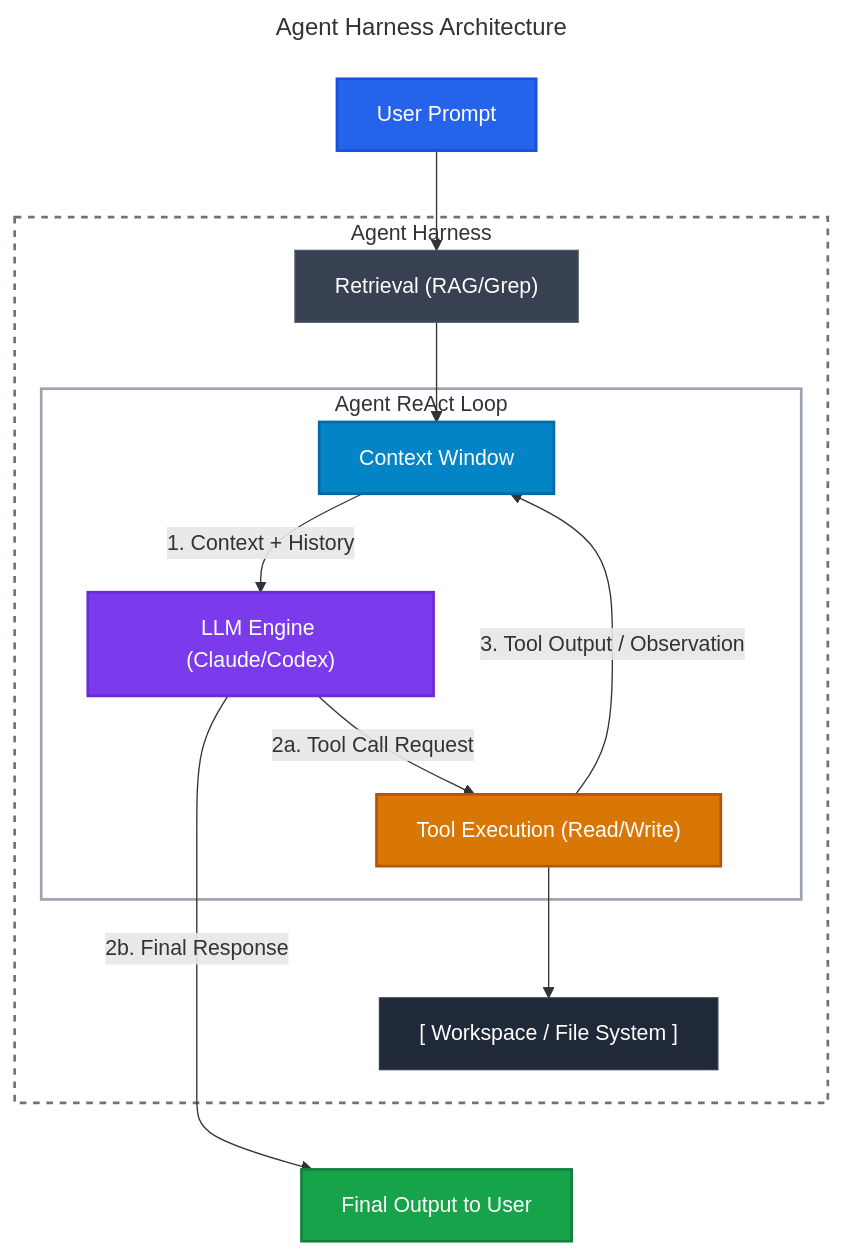
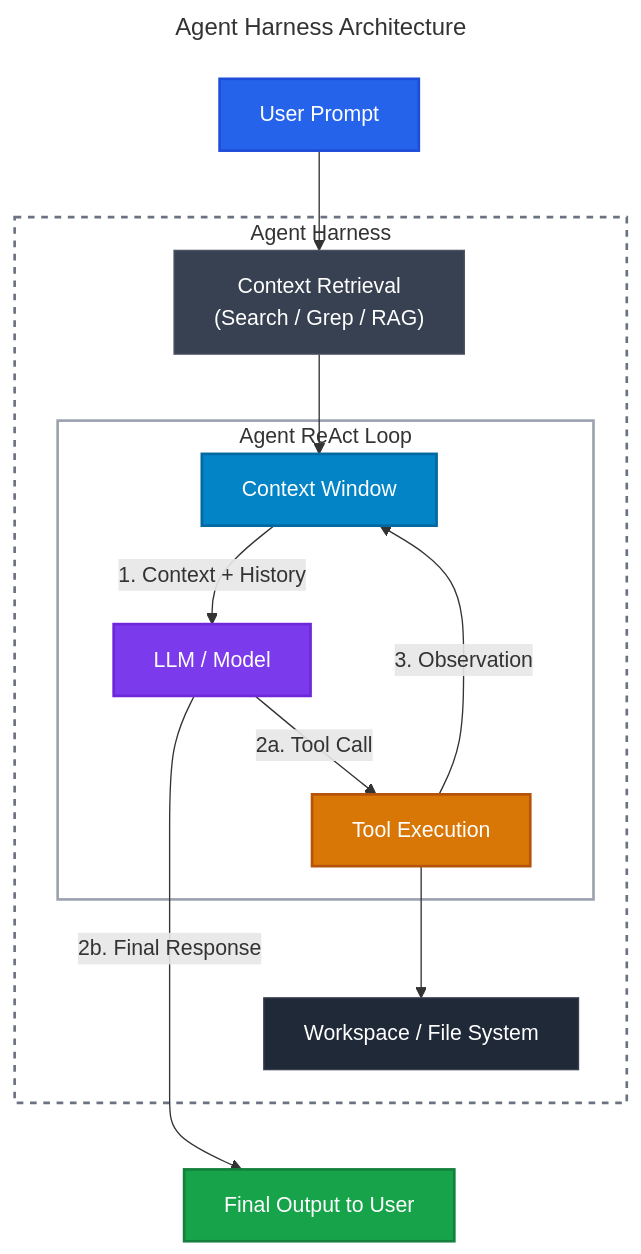
One commit to amir0ff/amir0ff changed the diagram in README.md. Above: the diagram before and after it, drawn with Mermaid.

Commit message:
Update README with improved diagram labels

````diff
--- a/README.md
+++ b/README.md
@@ -13,34 +13,34 @@
 ```mermaid
 ---
 title: Agent Harness Architecture
 ---
 graph TD
     User["User Prompt"] --> RAG
 
     subgraph Harness["Agent Harness"]
-        RAG["Retrieval (RAG/Grep)"] --> CW
+        RAG["Context Retrieval<br/>(Search / Grep / RAG)"] --> CW
         
         subgraph Loop["Agent ReAct Loop"]
-            CW["Context Window"] -->|"1. Context + History"| LLM["LLM Engine (Claude/Codex)"]
-            LLM -->|"2a. Tool Call Request"| TE["Tool Execution (Read/Write)"]
-            TE -->|"3. Tool Output / Observation"| CW
+            CW["Context Window"] -->|"1. Context + History"| LLM["LLM / Model"]
+            LLM -->|"2a. Tool Call"| TE["Tool Execution"]
+            TE -->|"3. Observation"| CW
         end
 
-        TE --> WorkSpace["[ Workspace / File System ]"]
+        TE --> WorkSpace["Workspace / File System"]
     end
 
     %% The lengthened arrow (---->) forces FinalAnswer down multiple ranks %%
     LLM ---->|"2b. Final Response"| FinalAnswer["Final Output to User"]
     WorkSpace ~~~ FinalAnswer
 
     %% Explicit Color Styles %%
     style User fill:#2563eb,stroke:#1d4ed8,color:#ffffff,stroke-width:2px
     style FinalAnswer fill:#16a34a,stroke:#15803d,color:#ffffff,stroke-width:2px
     style LLM fill:#7c3aed,stroke:#6d28d9,color:#ffffff,stroke-width:2px
     style CW fill:#0284c7,stroke:#0369a1,color:#ffffff,stroke-width:2px
     style TE fill:#d97706,stroke:#b45309,color:#ffffff,stroke-width:2px
     style RAG fill:#374151,stroke:#4b5563,color:#ffffff,stroke-width:1px
     style WorkSpace fill:#1f2937,stroke:#374151,color:#ffffff,stroke-width:1px
     style Harness fill:none,stroke:#6b7280,stroke-width:2px,stroke-dasharray: 5 5
     style Loop fill:none,stroke:#9ca3af,stroke-width:2px
 ```
````
